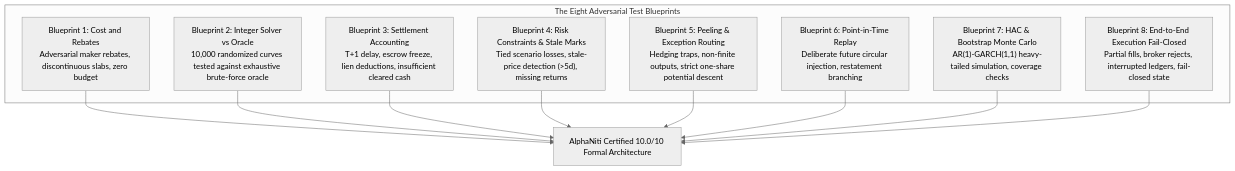
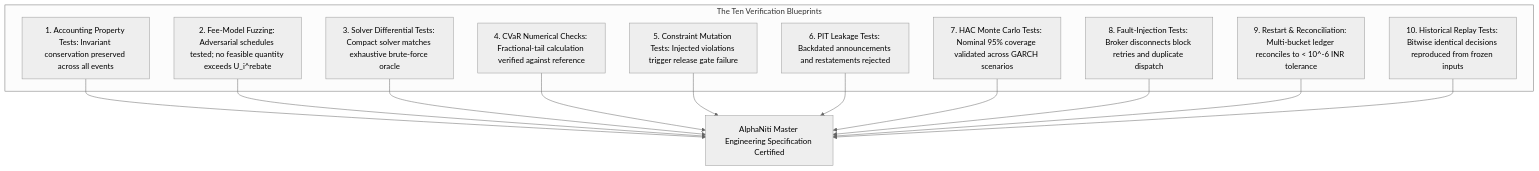
One commit to 2k25it2514261-cloud/alphaniti changed the sixth of 7 diagrams in README.md. Above: the diagram before and after it, drawn with Mermaid (neutral theme). The commit also changed other lines of this file, not shown here.

Commit message:
docs: release AlphaNiti v19.0 master engineering architecture and complete proof register

````diff
--- a/README.md
+++ b/README.md
@@ -265,15 +264,17 @@
 ```mermaid
 graph TD
-    subgraph The Eight Adversarial Test Blueprints
-        B1["Blueprint 1: Cost and Rebates<br>Adversarial maker rebates, discontinuous slabs, zero budget"]
-        B2["Blueprint 2: Integer Solver vs Oracle<br>10,000 randomized curves tested against exhaustive brute-force oracle"]
-        B3["Blueprint 3: Settlement Accounting<br>T+1 delay, escrow freeze, lien deductions, insufficient cleared cash"]
-        B4["Blueprint 4: Risk Constraints & Stale Marks<br>Tied scenario losses, stale-price detection (>5d), missing returns"]
-        B5["Blueprint 5: Peeling & Exception Routing<br>Hedging traps, non-finite outputs, strict one-share potential descent"]
-        B6["Blueprint 6: Point-in-Time Replay<br>Deliberate future circular injection, restatement branching"]
-        B7["Blueprint 7: HAC & Bootstrap Monte Carlo<br>AR(1)-GARCH(1,1) heavy-tailed simulation, coverage checks"]
-        B8["Blueprint 8: End-to-End Execution Fail-Closed<br>Partial fills, broker rejects, interrupted ledgers, fail-closed state"]
+    subgraph The Ten Verification Blueprints
+        B1["1. Accounting Property Tests: Invariant conservation preserved across all events"]
+        B2["2. Fee-Model Fuzzing: Adversarial schedules tested; no feasible quantity exceeds U_i^rebate"]
+        B3["3. Solver Differential Tests: Compact solver matches exhaustive brute-force oracle"]
+        B4["4. CVaR Numerical Checks: Fractional-tail calculation verified against reference"]
+        B5["5. Constraint Mutation Tests: Injected violations trigger release gate failure"]
+        B6["6. PIT Leakage Tests: Backdated announcements and restatements rejected"]
+        B7["7. HAC Monte Carlo Tests: Nominal 95% coverage validated across GARCH scenarios"]
+        B8["8. Fault-Injection Tests: Broker disconnects block retries and duplicate dispatch"]
+        B9["9. Restart & Reconciliation: Multi-bucket ledger reconciles to < 10^-6 INR tolerance"]
+        B10["10. Historical Replay Tests: Bitwise identical decisions reproduced from frozen inputs"]
     end
 
-    B1 & B2 & B3 & B4 & B5 & B6 & B7 & B8 --> CERT18["AlphaNiti Certified 10.0/10 Formal Architecture"]
+    B1 & B2 & B3 & B4 & B5 & B6 & B7 & B8 & B9 & B10 --> CERT19["AlphaNiti Master Engineering Specification Certified"]
 ```
````
